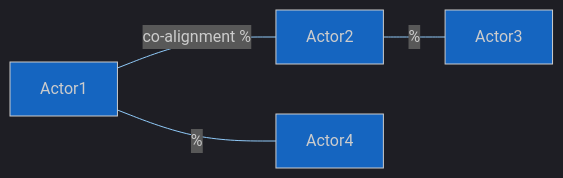
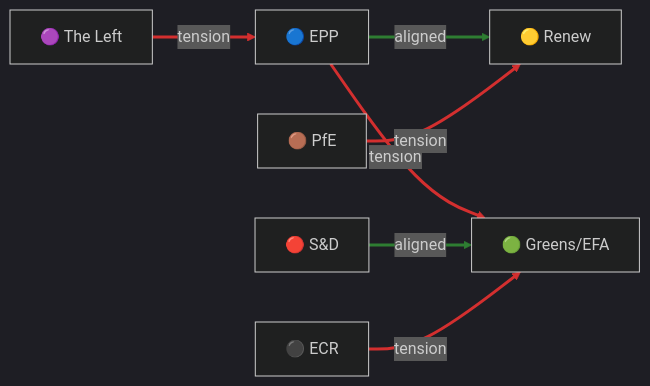
One commit to Hack23/euparliamentmonitor changed the second of 2 diagrams in analysis/templates/actor-mapping.md. Above: the diagram before and after it, drawn with Mermaid. The commit also changed other lines of this file and 5 other files, not shown here.

````diff
--- a/analysis/templates/actor-mapping.md
+++ b/analysis/templates/actor-mapping.md
@@ -34,7 +65,19 @@
 ```mermaid
-%%{init: {"theme":"dark","themeVariables":{"primaryColor":"#1565C0","primaryTextColor":"#ffffff","primaryBorderColor":"#0A3F7F","lineColor":"#90CAF9","secondaryColor":"#2E7D32","secondaryTextColor":"#ffffff","tertiaryColor":"#FF9800","tertiaryTextColor":"#000000","mainBkg":"#1565C0","secondBkg":"#2E7D32","tertiaryBkg":"#FF9800","noteBkgColor":"#FFC107","noteTextColor":"#000000","errorBkgColor":"#D32F2F","fontFamily":"Inter, Helvetica, Arial, sans-serif"}}}%%
-graph LR
-    A1[Actor1] ---|co-alignment %| A2[Actor2]
-    A2 ---|%| A3[Actor3]
-    A1 ---|%| A4[Actor4]
+%%{init: {"theme":"dark","themeVariables":{"primaryColor":"#1565C0","primaryTextColor":"#ffffff","primaryBorderColor":"#0A3F7F","lineColor":"#90CAF9","secondaryColor":"#2E7D32","tertiaryColor":"#FF9800","fontFamily":"Inter, Helvetica, Arial, sans-serif"}}}%%
+flowchart LR
+    EPP[🔵 EPP] -->|aligned| RENEW[🟡 Renew]
+    EPP -->|tension| GREENS[🟢 Greens/EFA]
+    SD[🔴 S&D] -->|aligned| GREENS
+    ECR[⚫ ECR] -->|tension| GREENS
+    LEFT[🟣 The Left] -->|tension| EPP
+    PFE[🟤 PfE] -->|tension| RENEW
+
+    classDef ally stroke:#2E7D32,stroke-width:3px;
+    classDef tense stroke:#D32F2F,stroke-width:3px;
+    linkStyle 0 stroke:#2E7D32,stroke-width:3px
+    linkStyle 1 stroke:#D32F2F,stroke-width:3px
+    linkStyle 2 stroke:#2E7D32,stroke-width:3px
+    linkStyle 3 stroke:#D32F2F,stroke-width:3px
+    linkStyle 4 stroke:#D32F2F,stroke-width:3px
+    linkStyle 5 stroke:#D32F2F,stroke-width:3px
 ```
````
